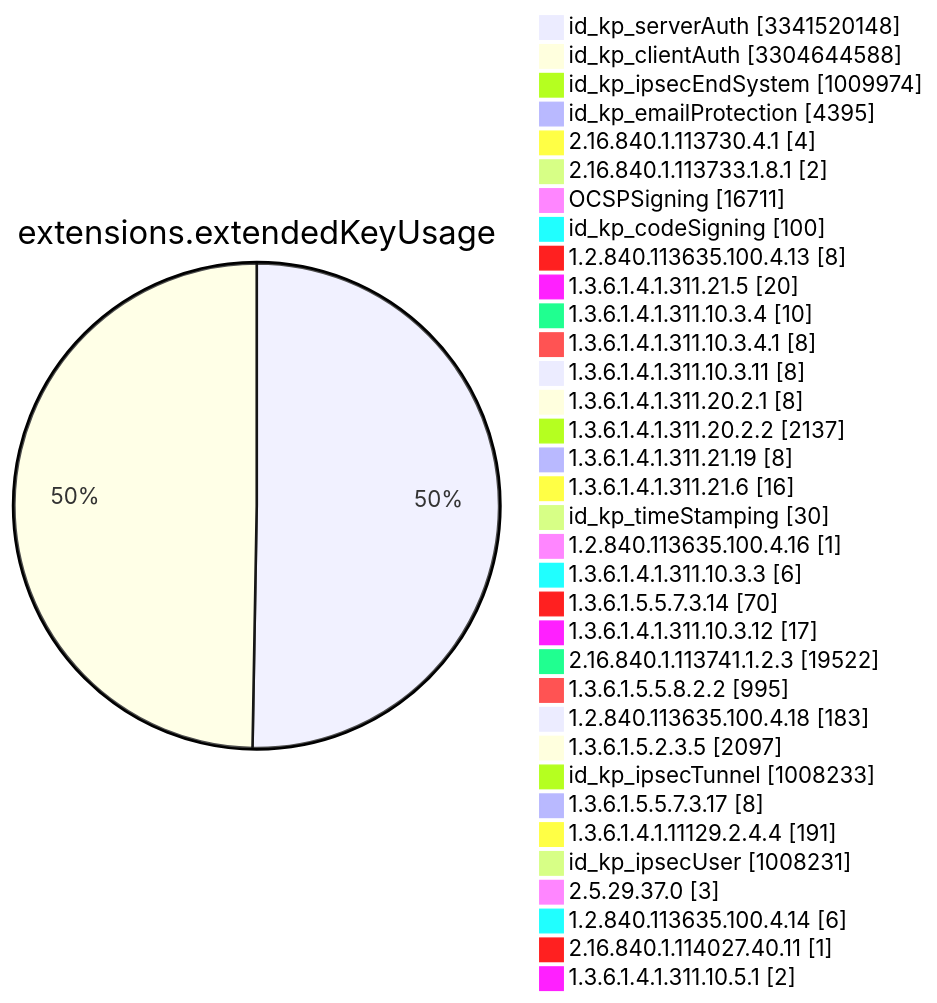
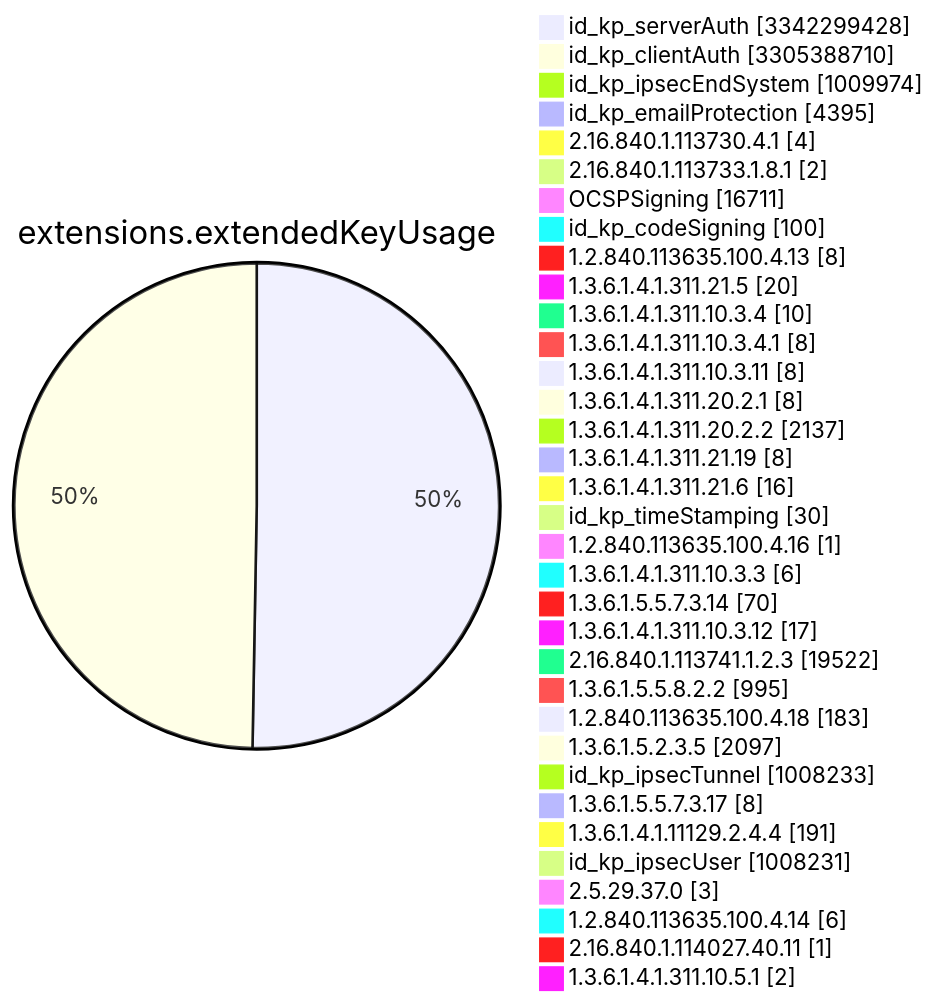
Diagram 11 of 15 in TOTAL/README.md (christiankrug/ctmonitor_visualization), drawn with Mermaid before and after one commit. The commit also changed other lines of this file, not shown here.

````diff
--- a/TOTAL/README.md
+++ b/TOTAL/README.md
@@ -4120,38 +4120,38 @@
 ```mermaid
 pie showData
 title extensions.extendedKeyUsage
-"id_kp_serverAuth" :3341520148
-"id_kp_clientAuth" :3304644588
+"id_kp_serverAuth" :3342299428
+"id_kp_clientAuth" :3305388710
 "id_kp_ipsecEndSystem" :1009974
 "id_kp_emailProtection" :4395
 "2.16.840.1.113730.4.1" :4
 "2.16.840.1.113733.1.8.1" :2
 "OCSPSigning" :16711
 "id_kp_codeSigning" :100
 "1.2.840.113635.100.4.13" :8
 "1.3.6.1.4.1.311.21.5" :20
 "1.3.6.1.4.1.311.10.3.4" :10
 "1.3.6.1.4.1.311.10.3.4.1" :8
 "1.3.6.1.4.1.311.10.3.11" :8
 "1.3.6.1.4.1.311.20.2.1" :8
 "1.3.6.1.4.1.311.20.2.2" :2137
 "1.3.6.1.4.1.311.21.19" :8
 "1.3.6.1.4.1.311.21.6" :16
 "id_kp_timeStamping" :30
 "1.2.840.113635.100.4.16" :1
 "1.3.6.1.4.1.311.10.3.3" :6
 "1.3.6.1.5.5.7.3.14" :70
 "1.3.6.1.4.1.311.10.3.12" :17
 "2.16.840.1.113741.1.2.3" :19522
 "1.3.6.1.5.5.8.2.2" :995
 "1.2.840.113635.100.4.18" :183
 "1.3.6.1.5.2.3.5" :2097
 "id_kp_ipsecTunnel" :1008233
 "1.3.6.1.5.5.7.3.17" :8
 "1.3.6.1.4.1.11129.2.4.4" :191
 "id_kp_ipsecUser" :1008231
 "2.5.29.37.0" :3
 "1.2.840.113635.100.4.14" :6
 "2.16.840.1.114027.40.11" :1
 "1.3.6.1.4.1.311.10.5.1" :2
 ```
````
